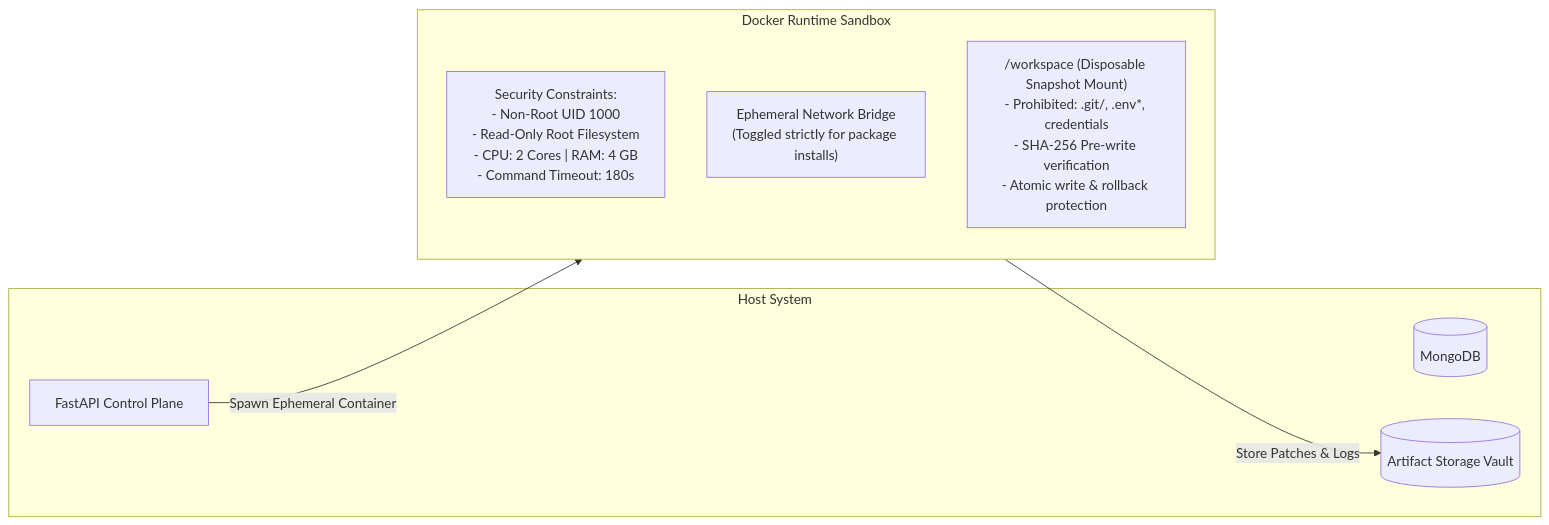
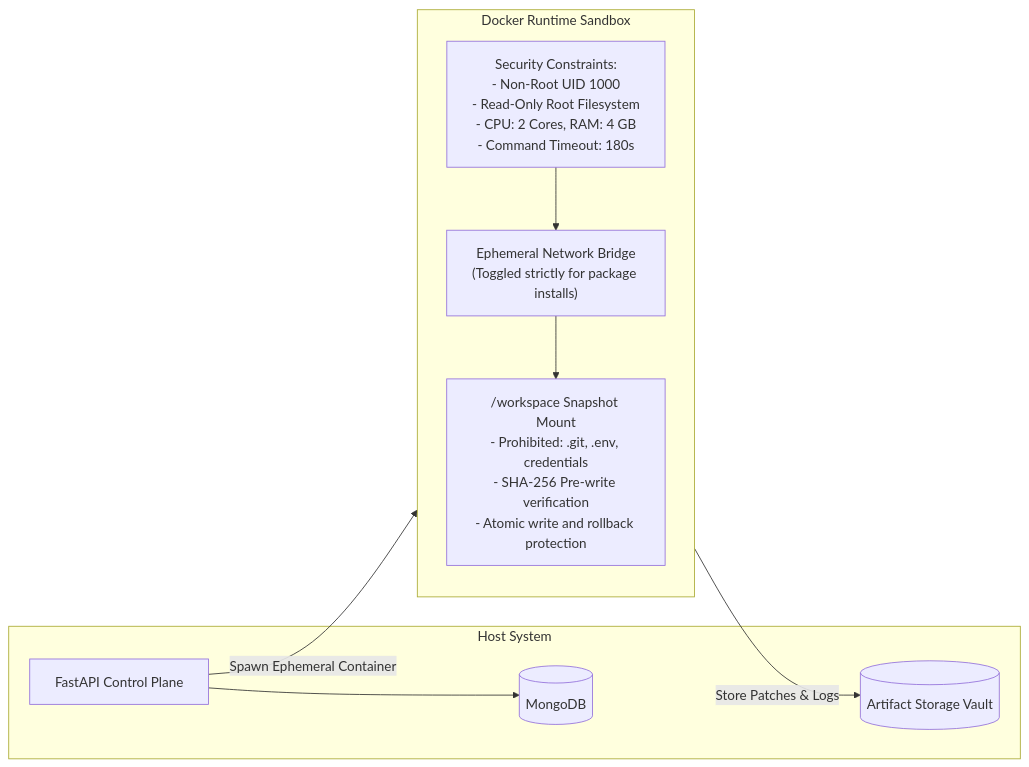
The fourth of 5 diagrams in README.md (kajaredhruv433/VectoraFix), drawn with Mermaid before and after one commit. The commit also changed other lines of this file and 3 other files, not shown here.

Commit message:
docs: fix Mermaid diagram syntax errors for GitHub rendering

````diff
--- a/README.md
+++ b/README.md
@@ -248,18 +246,21 @@
 ```mermaid
 flowchart LR
     subgraph Host ["Host System"]
         CP["FastAPI Control Plane"]
         DB[("MongoDB")]
         Vault[("Artifact Storage Vault")]
     end
 
-    subgraph Container ["Docker Runtime Sandbox"]
+    subgraph Sandbox ["Docker Runtime Sandbox"]
         direction TB
-        SecurityPolicy["Security Constraints:<br/>- Non-Root UID 1000<br/>- Read-Only Root Filesystem<br/>- CPU: 2 Cores | RAM: 4 GB<br/>- Command Timeout: 180s"]
+        SecurityPolicy["Security Constraints:<br/>- Non-Root UID 1000<br/>- Read-Only Root Filesystem<br/>- CPU: 2 Cores, RAM: 4 GB<br/>- Command Timeout: 180s"]
         NetworkController["Ephemeral Network Bridge<br/>(Toggled strictly for package installs)"]
-        WorkspaceMount["/workspace (Disposable Snapshot Mount)<br/>- Prohibited: .git/, .env*, credentials<br/>- SHA-256 Pre-write verification<br/>- Atomic write & rollback protection"]
+        WorkspaceMount["/workspace Snapshot Mount<br/>- Prohibited: .git, .env, credentials<br/>- SHA-256 Pre-write verification<br/>- Atomic write and rollback protection"]
     end
 
-    CP -->|Spawn Ephemeral Container| Container
-    Container -->|Store Patches & Logs| Vault
+    CP -->|"Spawn Ephemeral Container"| SecurityPolicy
+    SecurityPolicy --> NetworkController
+    NetworkController --> WorkspaceMount
+    WorkspaceMount -->|"Store Patches & Logs"| Vault
+    CP --> DB
 ```
````
